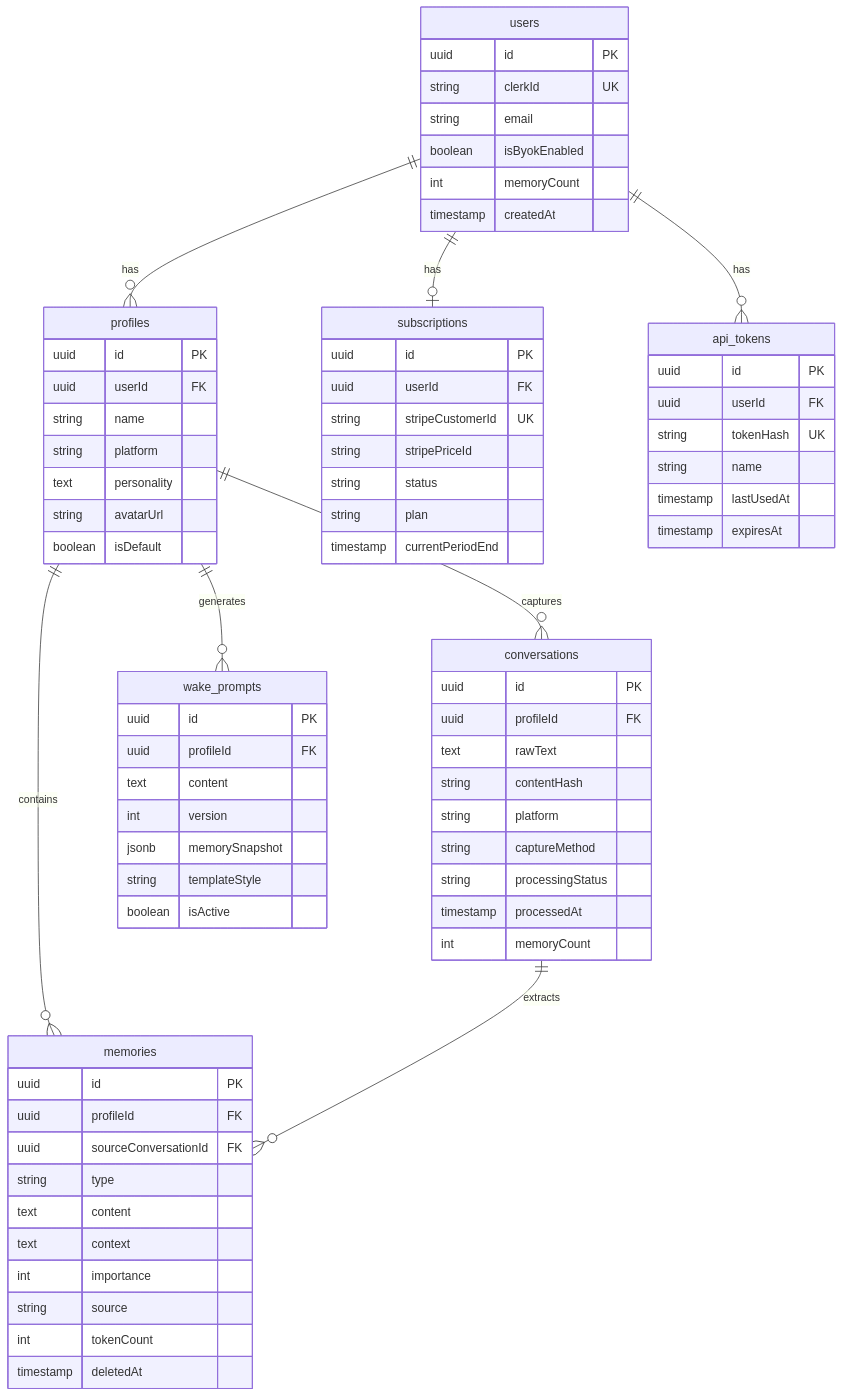
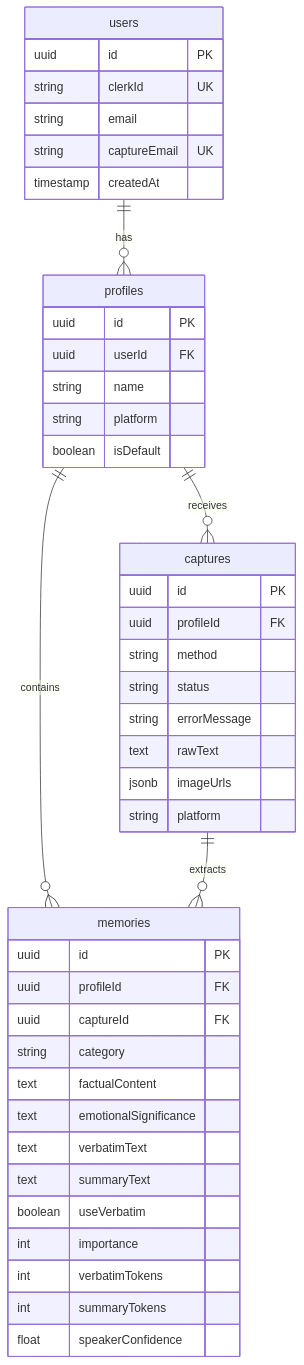
The diagram in docs/plans/2026-02-10-feat-ember-mvp-persistent-ai-memory-plan.md (Dannytownkins/Ember), drawn with Mermaid before and after one commit. The commit also changed other lines of this file and 28 other files, not shown here.

````diff
--- a/docs/plans/2026-02-10-feat-ember-mvp-persistent-ai-memory-plan.md
+++ b/docs/plans/2026-02-10-feat-ember-mvp-persistent-ai-memory-plan.md
@@ -271,19 +306,15 @@
 ```mermaid
 erDiagram
     users ||--o{ profiles : has
-    users ||--o| subscriptions : has
-    users ||--o{ api_tokens : has
+    profiles ||--o{ captures : receives
     profiles ||--o{ memories : contains
-    profiles ||--o{ conversations : captures
-    profiles ||--o{ wake_prompts : generates
-    conversations ||--o{ memories : extracts
+    captures ||--o{ memories : extracts
 
     users {
         uuid id PK
         string clerkId UK
         string email
-        boolean isByokEnabled
-        int memoryCount
+        string captureEmail UK
         timestamp createdAt
     }
 
@@ -292,62 +323,33 @@
         uuid userId FK
         string name
         string platform
-        text personality
-        string avatarUrl
         boolean isDefault
+    }
+
+    captures {
+        uuid id PK
+        uuid profileId FK
+        string method
+        string status
+        string errorMessage
+        text rawText
+        jsonb imageUrls
+        string platform
     }
 
     memories {
         uuid id PK
         uuid profileId FK
-        uuid sourceConversationId FK
-        string type
-        text content
-        text context
+        uuid captureId FK
+        string category
+        text factualContent
+        text emotionalSignificance
+        text verbatimText
+        text summaryText
+        boolean useVerbatim
         int importance
-        string source
-        int tokenCount
-        timestamp deletedAt
-    }
-
-    conversations {
-        uuid id PK
-        uuid profileId FK
-        text rawText
-        string contentHash
-        string platform
-        string captureMethod
-        string processingStatus
-        timestamp processedAt
-        int memoryCount
-    }
-
-    wake_prompts {
-        uuid id PK
-        uuid profileId FK
-        text content
-        int version
-        jsonb memorySnapshot
-        string templateStyle
-        boolean isActive
-    }
-
-    subscriptions {
-        uuid id PK
-        uuid userId FK
-        string stripeCustomerId UK
-        string stripePriceId
-        string status
-        string plan
-        timestamp currentPeriodEnd
-    }
-
-    api_tokens {
-        uuid id PK
-        uuid userId FK
-        string tokenHash UK
-        string name
-        timestamp lastUsedAt
-        timestamp expiresAt
+        int verbatimTokens
+        int summaryTokens
+        float speakerConfidence
     }
 ```
````
